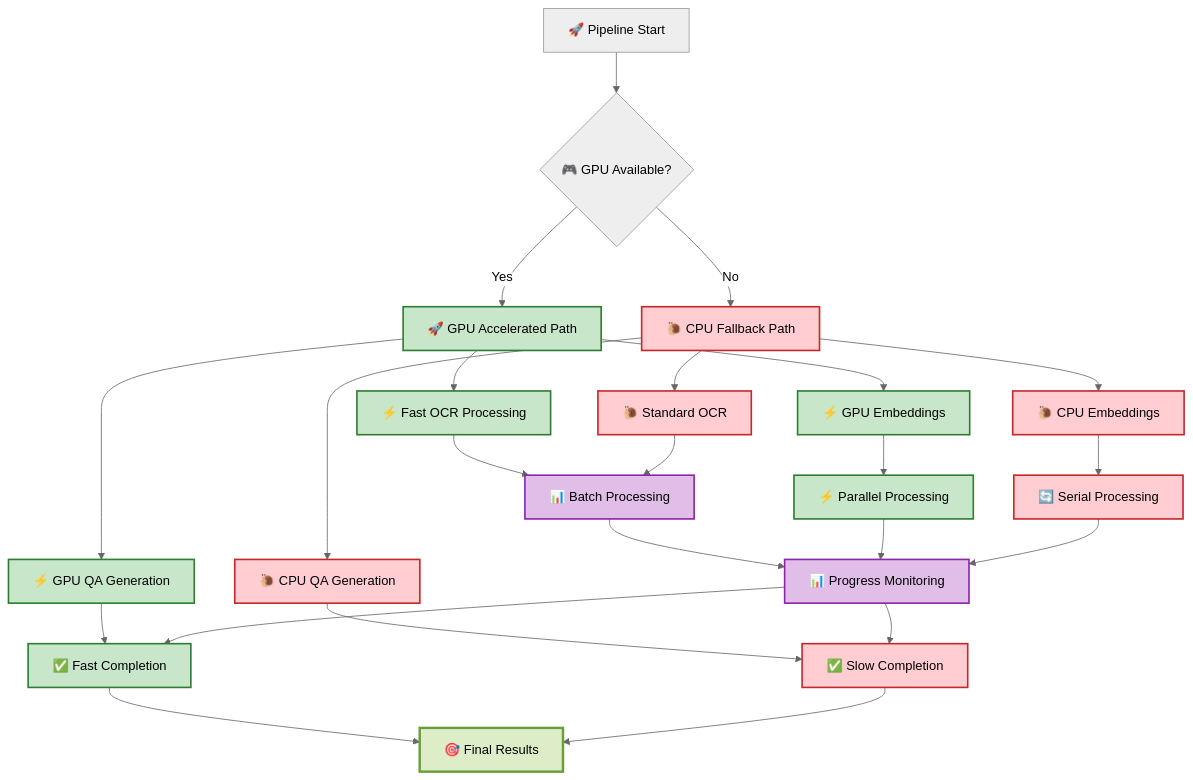
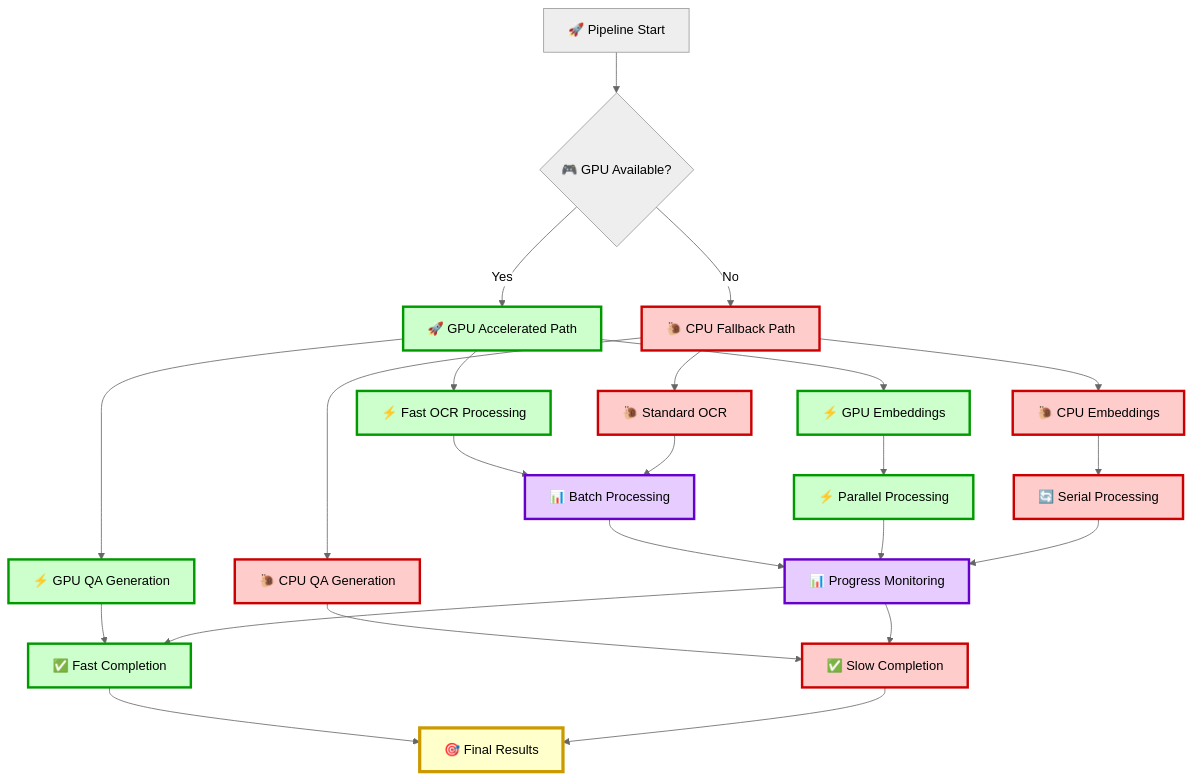
Before and after one commit to HishamSunjeq/DocumentAI-Prep: the sixth of 6 diagrams in docs/project_diagram.md, drawn with Mermaid (neutral theme). The commit also changed other lines of this file, not shown here.

````diff
--- a/docs/project_diagram.md
+++ b/docs/project_diagram.md
@@ -288,45 +288,45 @@
 ```mermaid
 flowchart TD
     START[🚀 Pipeline Start] --> GPU_CHECK{🎮 GPU Available?}
 
     GPU_CHECK -->|Yes| GPU_PATH[🚀 GPU Accelerated Path]
     GPU_CHECK -->|No| CPU_PATH[🐌 CPU Fallback Path]
 
     GPU_PATH --> GPU_OCR[⚡ Fast OCR Processing]
     GPU_PATH --> GPU_EMBED[⚡ GPU Embeddings]
     GPU_PATH --> GPU_QA[⚡ GPU QA Generation]
 
     CPU_PATH --> CPU_OCR[🐌 Standard OCR]
     CPU_PATH --> CPU_EMBED[🐌 CPU Embeddings]
     CPU_PATH --> CPU_QA[🐌 CPU QA Generation]
 
     GPU_OCR --> BATCH_PROC[📊 Batch Processing]
     CPU_OCR --> BATCH_PROC
 
     GPU_EMBED --> PARALLEL[⚡ Parallel Processing]
     CPU_EMBED --> SERIAL[🔄 Serial Processing]
 
     GPU_QA --> FAST_COMPLETE[✅ Fast Completion]
     CPU_QA --> SLOW_COMPLETE[✅ Slow Completion]
 
     BATCH_PROC --> MONITOR[📊 Progress Monitoring]
     PARALLEL --> MONITOR
     SERIAL --> MONITOR
 
     MONITOR --> FAST_COMPLETE
     MONITOR --> SLOW_COMPLETE
 
     FAST_COMPLETE --> RESULTS[🎯 Final Results]
     SLOW_COMPLETE --> RESULTS
 
     %% Styling
-    classDef gpu fill:#c8e6c9,stroke:#2e7d32,stroke-width:2px
-    classDef cpu fill:#ffcdd2,stroke:#c62828,stroke-width:2px
-    classDef process fill:#e1bee7,stroke:#8e24aa,stroke-width:2px
-    classDef result fill:#dcedc8,stroke:#689f38,stroke-width:3px
+    classDef gpu fill:#ccffcc,stroke:#009900,stroke-width:3px,color:#000000
+    classDef cpu fill:#ffcccc,stroke:#cc0000,stroke-width:3px,color:#000000
+    classDef process fill:#e6ccff,stroke:#6600cc,stroke-width:3px,color:#000000
+    classDef result fill:#ffffcc,stroke:#cc9900,stroke-width:4px,color:#000000
 
     class GPU_PATH,GPU_OCR,GPU_EMBED,GPU_QA,PARALLEL,FAST_COMPLETE gpu
     class CPU_PATH,CPU_OCR,CPU_EMBED,CPU_QA,SERIAL,SLOW_COMPLETE cpu
     class BATCH_PROC,MONITOR process
     class RESULTS result
 ```
````
